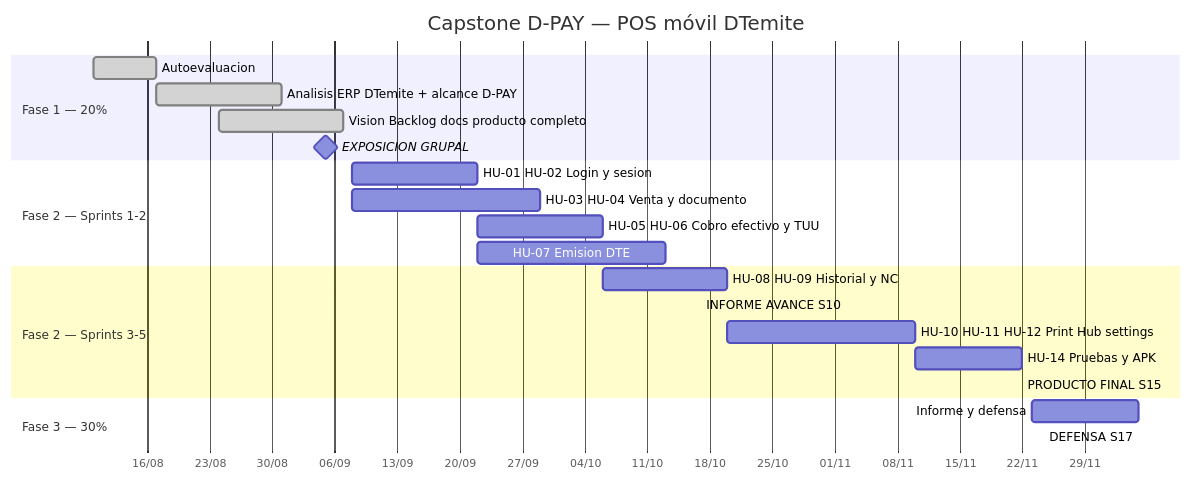
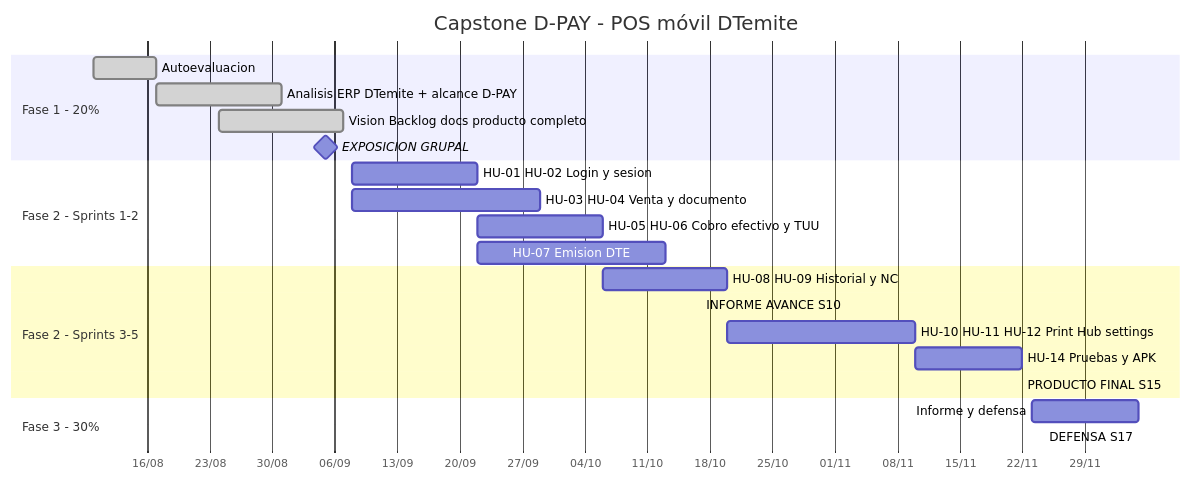
Before and after one commit to DeboradorDeMundos/dpay_3.0: the diagram in fase2/Evidencias Proyecto/Evidencias de Sistema/Aplicacion/codigo/docs/08-carta-gantt.md, drawn with Mermaid. The commit also changed other lines of this file and 112 other files, not shown here.

````diff
--- a/fase2/Evidencias Proyecto/Evidencias de Sistema/Aplicacion/codigo/docs/08-carta-gantt.md
+++ b/fase2/Evidencias Proyecto/Evidencias de Sistema/Aplicacion/codigo/docs/08-carta-gantt.md
@@ -37,29 +37,29 @@
 ```mermaid
 gantt
-    title Capstone D-PAY — POS móvil DTemite
+    title Capstone D-PAY - POS móvil DTemite
     dateFormat YYYY-MM-DD
     axisFormat %d/%m
 
-    section Fase 1 — 20%
+    section Fase 1 - 20%
     Autoevaluacion                         :done, a1, 2026-08-10, 7d
     Analisis ERP DTemite + alcance D-PAY   :done, a2, 2026-08-17, 14d
     Vision Backlog docs producto completo  :done, a3, 2026-08-24, 14d
     EXPOSICION GRUPAL                      :milestone, m1, 2026-09-05, 0d
 
-    section Fase 2 — Sprints 1-2
+    section Fase 2 - Sprints 1-2
     HU-01 HU-02 Login y sesion             :s1a, 2026-09-08, 14d
     HU-03 HU-04 Venta y documento          :s1b, 2026-09-08, 21d
     HU-05 HU-06 Cobro efectivo y TUU       :s2a, 2026-09-22, 14d
     HU-07 Emision DTE                      :s2b, 2026-09-22, 21d
 
-    section Fase 2 — Sprints 3-5
+    section Fase 2 - Sprints 3-5
     HU-08 HU-09 Historial y NC             :s3, 2026-10-06, 14d
     INFORME AVANCE S10                     :crit, m4, 2026-10-17, 0d
     HU-10 HU-11 HU-12 Print Hub settings   :s4, 2026-10-20, 21d
     HU-14 Pruebas y APK                    :s5, 2026-11-10, 12d
     PRODUCTO FINAL S15                     :crit, m5, 2026-11-22, 0d
 
-    section Fase 3 — 30%
+    section Fase 3 - 30%
     Informe y defensa                      :f3, 2026-11-23, 12d
     DEFENSA S17                            :crit, m6, 2026-12-05, 0d
 ```
````
